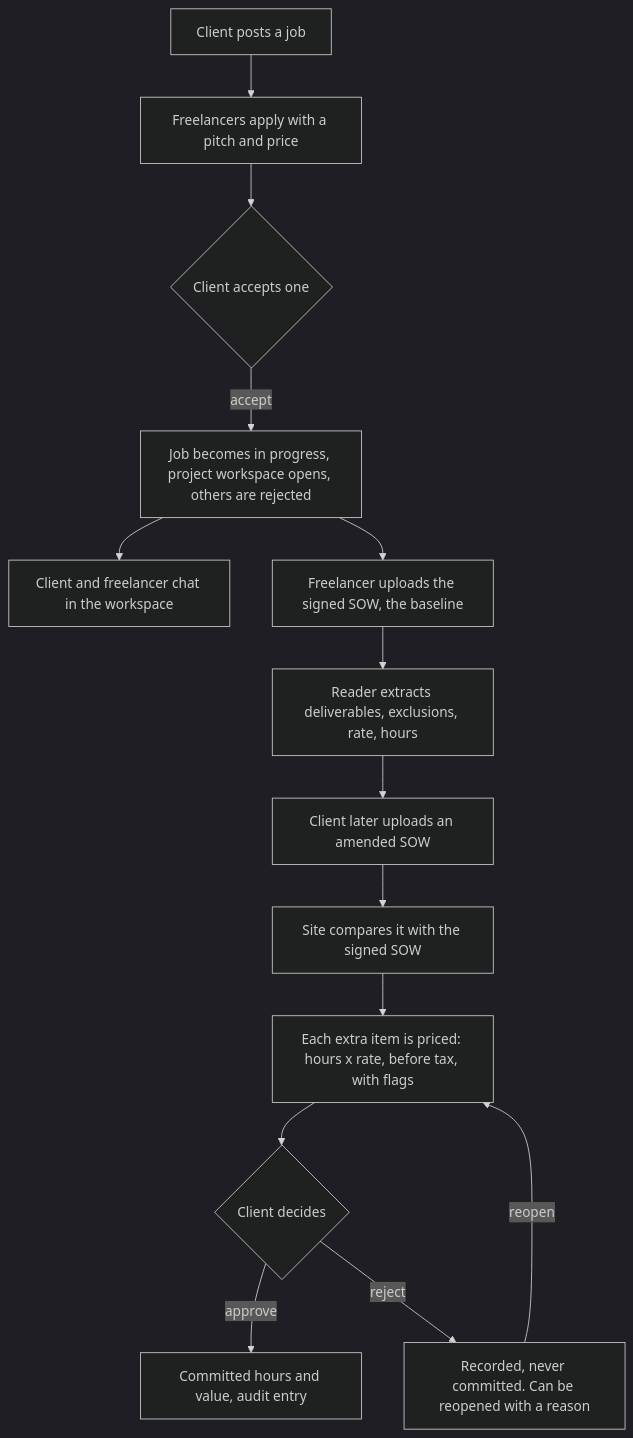
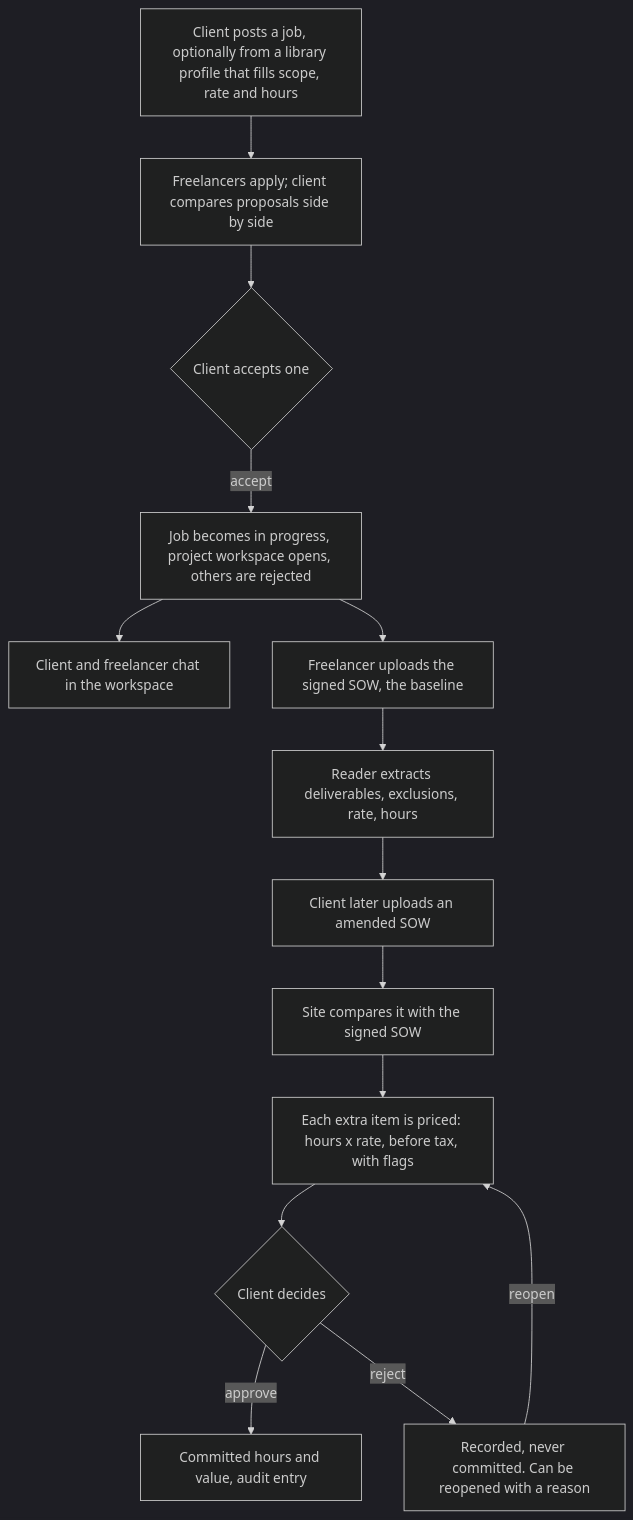
Before and after one commit to Krishnass05/fynd: the first of 6 diagrams in flow.md, drawn with Mermaid (dark theme). The commit also changed 18 other files, not shown here.

First line of the commit message:
Client dashboard, SOW library with pricing insight, and proposal comparison

````diff
--- a/flow.md
+++ b/flow.md
@@ -7,16 +7,16 @@
 ```mermaid
 flowchart TD
-  A[Client posts a job] --> B[Freelancers apply with a pitch and price]
+  A[Client posts a job, optionally from a library profile that fills scope, rate and hours] --> B[Freelancers apply; client compares proposals side by side]
   B --> C{Client accepts one}
   C -->|accept| D[Job becomes in progress, project workspace opens, others are rejected]
   D --> E[Client and freelancer chat in the workspace]
   D --> F[Freelancer uploads the signed SOW, the baseline]
   F --> G[Reader extracts deliverables, exclusions, rate, hours]
   G --> H[Client later uploads an amended SOW]
   H --> I[Site compares it with the signed SOW]
   I --> J[Each extra item is priced: hours x rate, before tax, with flags]
   J --> K{Client decides}
   K -->|approve| L[Committed hours and value, audit entry]
   K -->|reject| M[Recorded, never committed. Can be reopened with a reason]
   M -->|reopen| J
 ```
````
